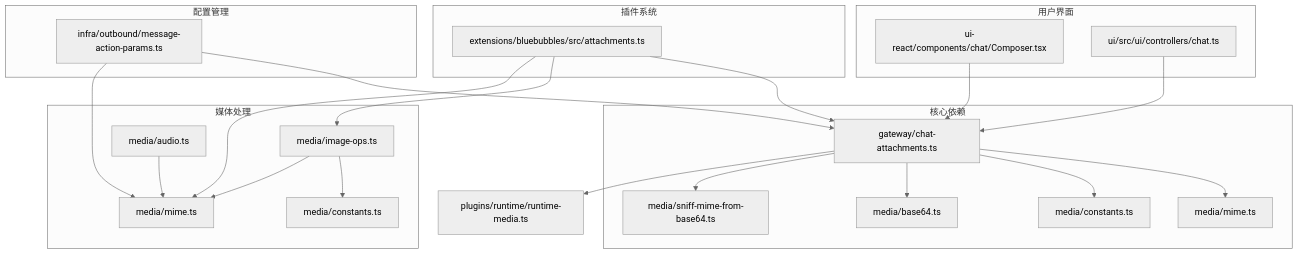
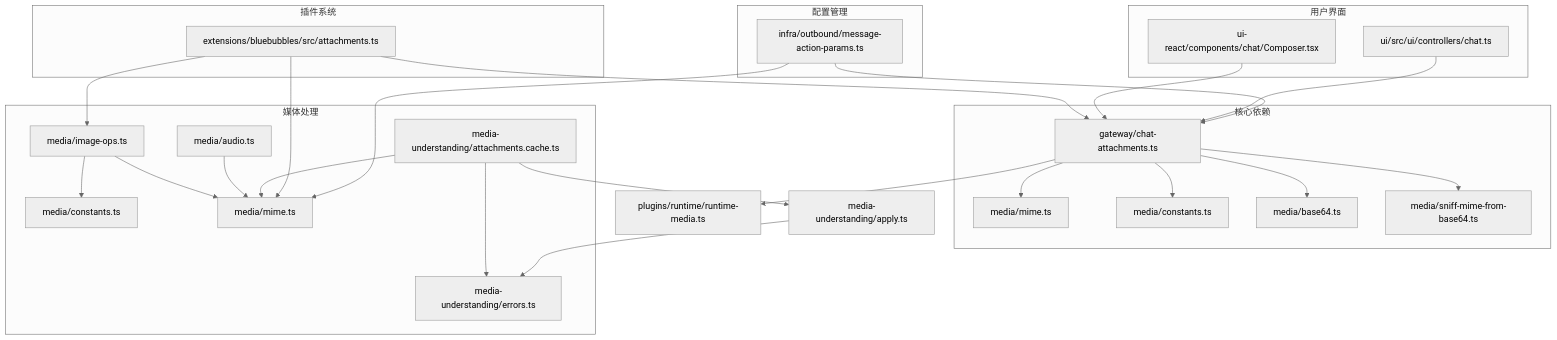
Diagram 11 of 11 in .qoder/repowiki/zh/content/Web界面/WebChat界面/聊天附件处理系统.md (verse-ai-org/openclaw), drawn with Mermaid (neutral theme) before and after one commit. The commit also changed other lines of this file and 18 other files, not shown here.

````diff
--- a/.qoder/repowiki/zh/content/Web界面/WebChat界面/聊天附件处理系统.md
+++ b/.qoder/repowiki/zh/content/Web界面/WebChat界面/聊天附件处理系统.md
@@ -372,28 +448,32 @@
 ```mermaid
 graph TB
 subgraph "核心依赖"
 A[gateway/chat-attachments.ts] --> B[media/mime.ts]
 A --> C[media/constants.ts]
 A --> D[media/base64.ts]
 A --> E[media/sniff-mime-from-base64.ts]
 end
 subgraph "媒体处理"
 F[media/image-ops.ts] --> G[media/constants.ts]
 F --> H[media/mime.ts]
 I[media/audio.ts] --> H
+J[media-understanding/attachments.cache.ts] --> H
+J --> K[media-understanding/errors.ts]
 end
 subgraph "插件系统"
-J[extensions/bluebubbles/src/attachments.ts] --> A
-J --> F
-J --> H
+L[extensions/bluebubbles/src/attachments.ts] --> A
+L --> F
+L --> H
 end
 subgraph "用户界面"
-K[ui-react/components/chat/Composer.tsx] --> A
-L[ui/src/ui/controllers/chat.ts] --> A
+M[ui-react/components/chat/Composer.tsx] --> A
+N[ui/src/ui/controllers/chat.ts] --> A
 end
 subgraph "配置管理"
-M[infra/outbound/message-action-params.ts] --> A
-M --> H
+O[infra/outbound/message-action-params.ts] --> A
+O --> H
 end
-A --> N[plugins/runtime/runtime-media.ts]
+A --> P[plugins/runtime/runtime-media.ts]
+J --> Q[media-understanding/apply.ts]
+Q --> K
 ```
````
